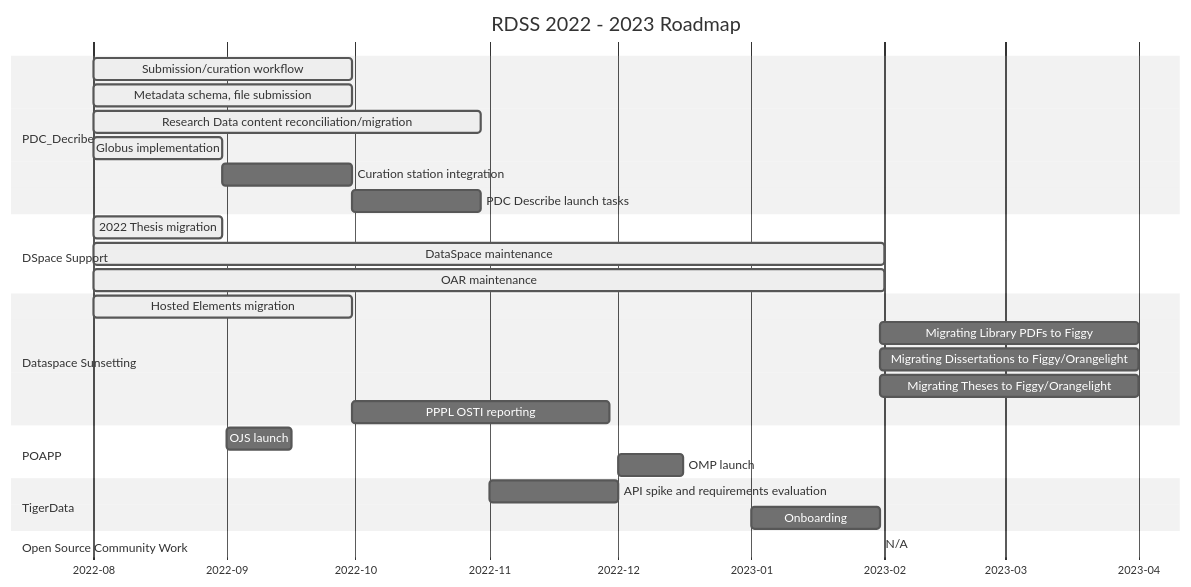
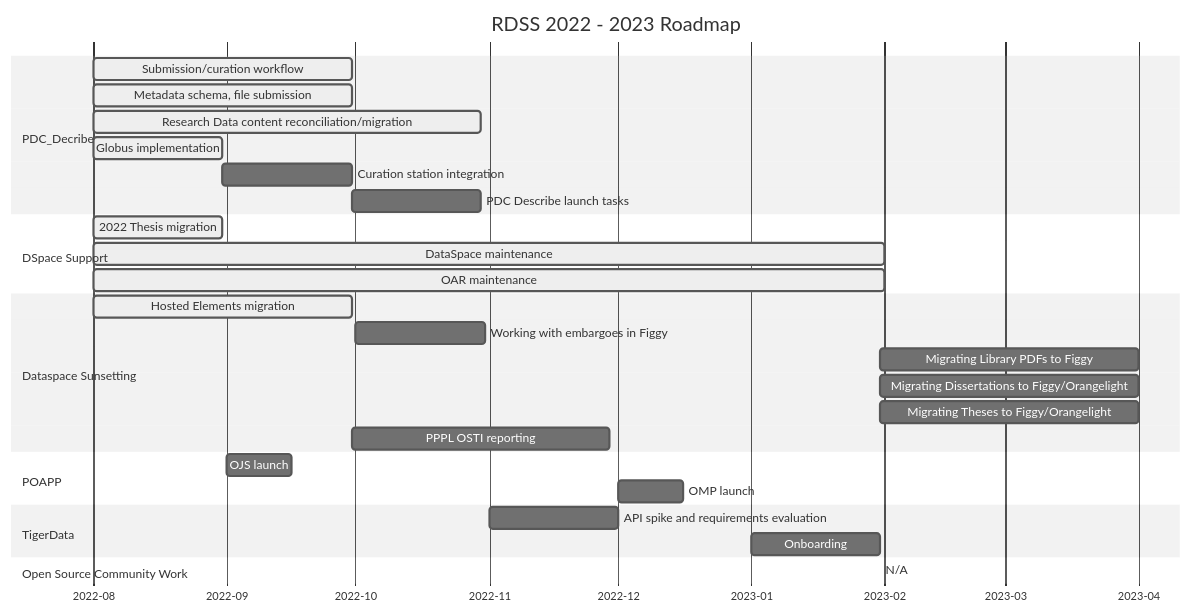
The first of 5 diagrams in roadmap.md (pulibrary/rdss-handbook), drawn with Mermaid (neutral theme) before and after one commit.

Commit message:
Re-added Figgy line (removed by mistake)

````diff
--- a/roadmap.md
+++ b/roadmap.md
@@ -5,31 +5,32 @@
 ```mermaid
 gantt
     title RDSS 2022 - 2023 Roadmap
     axisFormat  %Y-%m
     dateformat YYYY-MM
     section PDC_Decribe
     Submission/curation workflow :active, pd1, 2022-08, 60d
     Metadata schema, file submission :active, pd2, 2022-08, 60d
     Research Data content reconciliation/migration :active, pd3, 2022-08, 90d
     Globus implementation :active, pd4, 2022-08, 30d
     Curation station integration: pd5, after pd4, 30d
     PDC Describe launch tasks: pd6, after pd5, 30d
     section DSpace Support
     2022 Thesis migration :active, dsp1, 2022-08, 30d
     DataSpace maintenance :active, dsp2, 2022-08, 2023-02
     OAR maintenance :active, dsp2, 2022-08, 2023-02
     section Dataspace Sunsetting
     Hosted Elements migration :active, ds1, 2022-08, 60d
+    Working with embargoes in Figgy: ds2, 2022-10, 30d
     Migrating Library PDFs to Figgy: ds4, after td2, 60d
     Migrating Dissertations to Figgy/Orangelight: ds5, after td2, 60d
     Migrating Theses to Figgy/Orangelight: ds6, after td2, 60d
     PPPL OSTI reporting: ds3, after pd5,60d
     section POAPP
     OJS launch: po1, 2022-09, 15d
     OMP launch: po2, 2022-12, 15d
     section TigerData
     API spike and requirements evaluation: td1, 2022-11, 30d
     Onboarding: td2, 2023-01, 30d
     section Open Source Community Work
     N/A: os1
 ```
````
